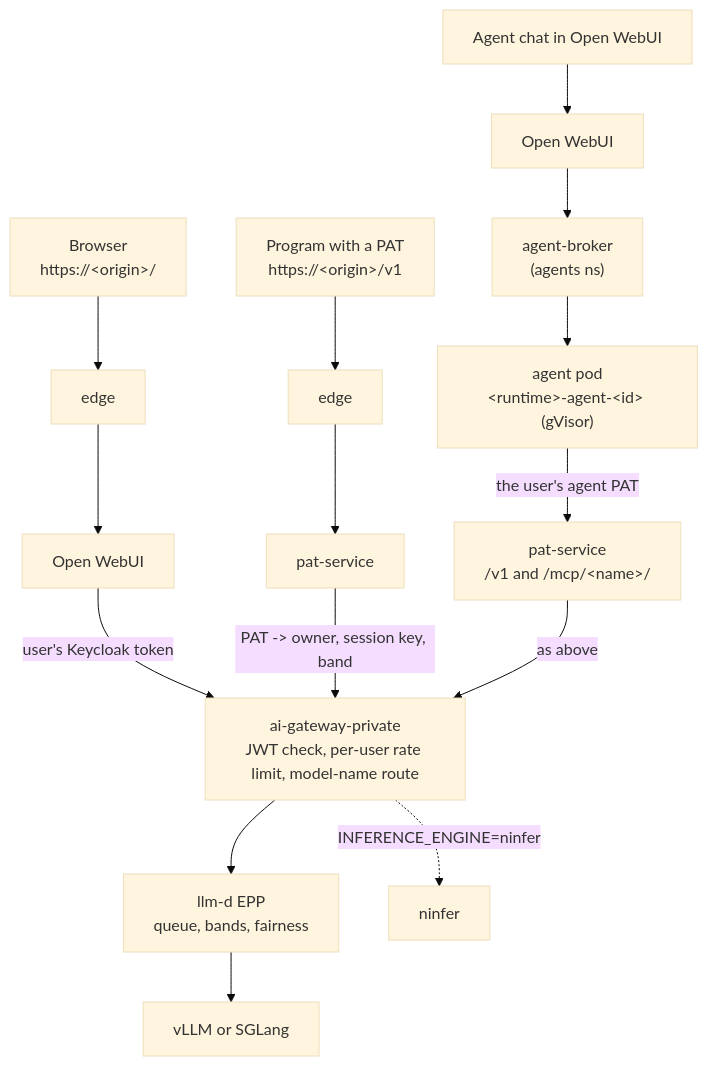
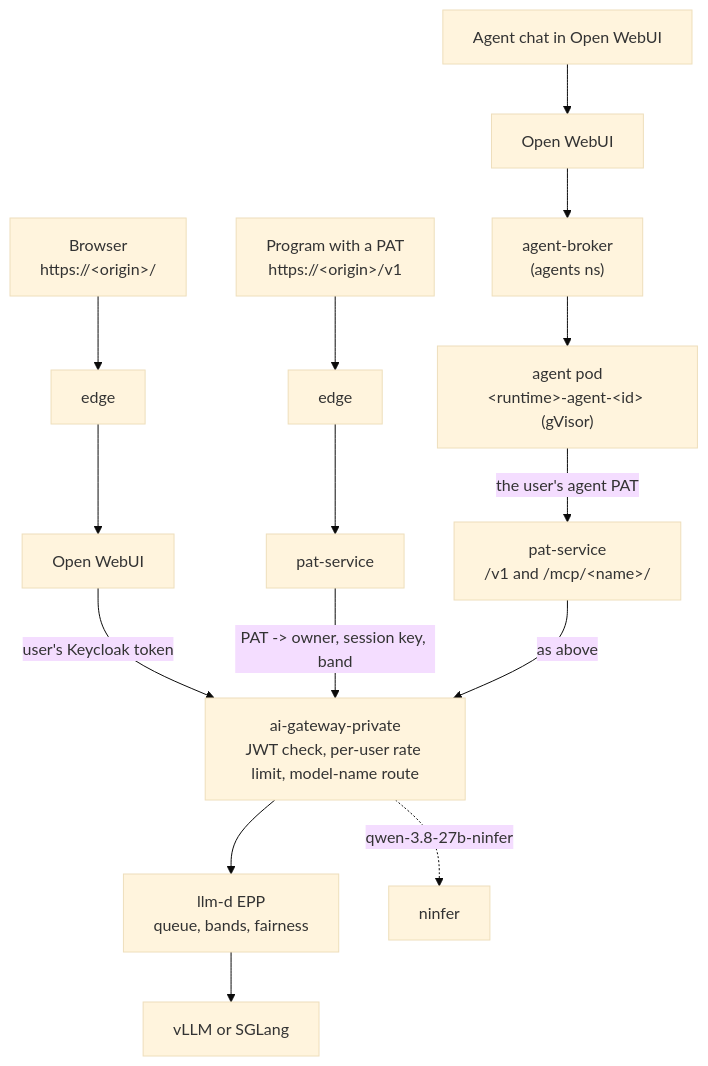
One commit to summerisgone/llm-stack changed the diagram in docs/handbook/overview.md. Above: the diagram before and after it, drawn with Mermaid (base theme). The commit also changed other lines of this file and 47 other files, not shown here.

````diff
--- a/docs/handbook/overview.md
+++ b/docs/handbook/overview.md
@@ -58,22 +58,22 @@
 ```mermaid
 flowchart TD
     browser["Browser<br/>https://&lt;origin&gt;/"]
     program["Program with a PAT<br/>https://&lt;origin&gt;/v1"]
     agentchat["Agent chat in Open WebUI"]
 
     browser --> edge1["edge"] --> owui["Open WebUI"]
     program --> edge2["edge"] --> pat["pat-service"]
 
     owui -- "user's Keycloak token" --> aigw
     pat -- "PAT -> owner, session key, band" --> aigw
 
     aigw["ai-gateway-private<br/>JWT check, per-user rate limit, model-name route"]
     aigw --> epp["llm-d EPP<br/>queue, bands, fairness"]
     epp --> engine["vLLM or SGLang"]
-    aigw -. "INFERENCE_ENGINE=ninfer" .-> ninfer["ninfer"]
+    aigw -. "qwen-3.8-27b-ninfer" .-> ninfer["ninfer"]
 
     agentchat --> owui2["Open WebUI"] --> broker["agent-broker<br/>(agents ns)"]
     broker --> pod["agent pod<br/>&lt;runtime&gt;-agent-&lt;id&gt; (gVisor)"]
     pod -- "the user's agent PAT" --> patmcp["pat-service<br/>/v1 and /mcp/&lt;name&gt;/"]
     patmcp -- "as above" --> aigw
 ```
````
